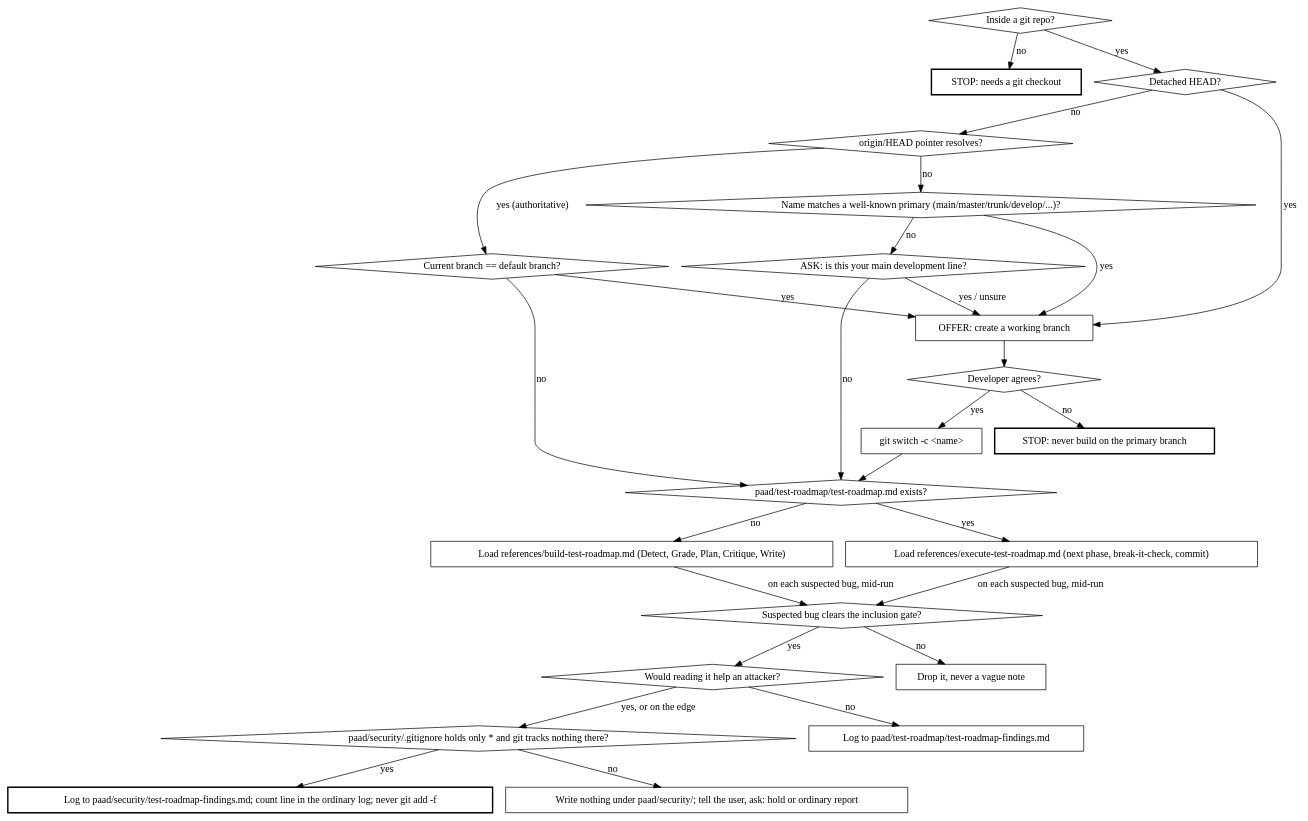
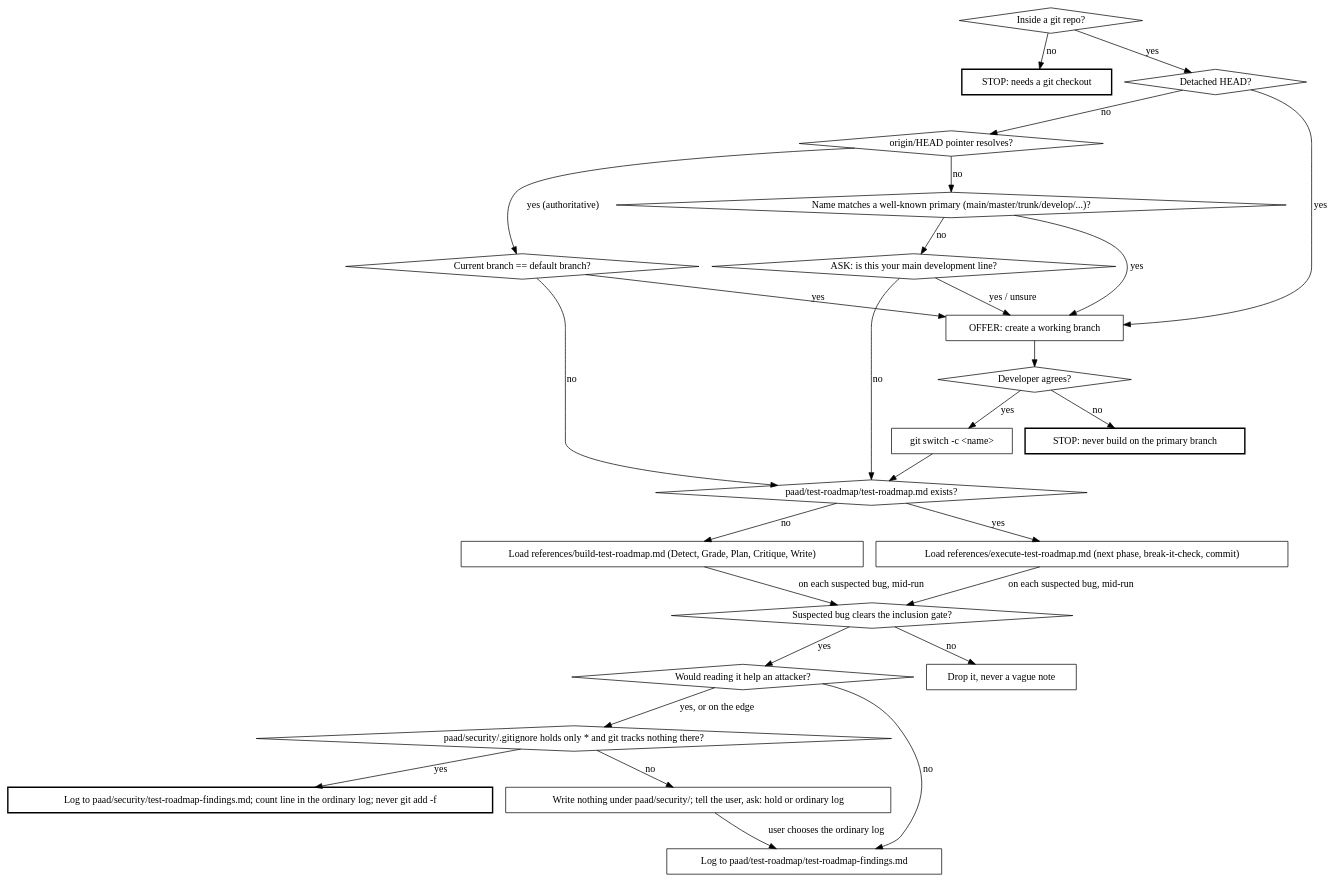
Before and after one commit to Ovid/paad: the diagram in preview/paad/skills/test-roadmap/SKILL.md, drawn with Graphviz. The commit also changed 2 other files, not shown here.

Commit message:
test-roadmap: execute mode reads the naming rule before logging; pinning-test line inlined
Execute mode writes the pinning tests but is loaded without the build file
that now holds the neutral-naming rule; it is told to read that section
before its first finding. Both mode files carry the 'committed reproduction'
line themselves instead of pointing back at the router. The digraph's
'write nothing, ask' box now reaches the ordinary log.

````diff
--- a/preview/paad/skills/test-roadmap/SKILL.md
+++ b/preview/paad/skills/test-roadmap/SKILL.md
@@ -38,52 +38,53 @@
 ```dot
 digraph route {
   "Inside a git repo?" [shape=diamond];
   "STOP: needs a git checkout" [shape=box, style=bold];
   "Detached HEAD?" [shape=diamond];
   "origin/HEAD pointer resolves?" [shape=diamond];
   "Current branch == default branch?" [shape=diamond];
   "Name matches a well-known primary (main/master/trunk/develop/...)?" [shape=diamond];
   "ASK: is this your main development line?" [shape=diamond];
   "OFFER: create a working branch" [shape=box];
   "Developer agrees?" [shape=diamond];
   "STOP: never build on the primary branch" [shape=box, style=bold];
   "git switch -c <name>" [shape=box];
   "paad/test-roadmap/test-roadmap.md exists?" [shape=diamond];
   "Load references/build-test-roadmap.md (Detect, Grade, Plan, Critique, Write)" [shape=box];
   "Load references/execute-test-roadmap.md (next phase, break-it-check, commit)" [shape=box];
   "Suspected bug clears the inclusion gate?" [shape=diamond];
   "Would reading it help an attacker?" [shape=diamond];
   "Log to paad/security/test-roadmap-findings.md; count line in the ordinary log; never git add -f" [shape=box, style=bold];
   "paad/security/.gitignore holds only * and git tracks nothing there?" [shape=diamond];
-  "Write nothing under paad/security/; tell the user, ask: hold or ordinary report" [shape=box];
+  "Write nothing under paad/security/; tell the user, ask: hold or ordinary log" [shape=box];
   "Log to paad/test-roadmap/test-roadmap-findings.md" [shape=box];
   "Drop it, never a vague note" [shape=box];
 
   "Inside a git repo?" -> "STOP: needs a git checkout" [label="no"];
   "Inside a git repo?" -> "Detached HEAD?" [label="yes"];
   "Detached HEAD?" -> "OFFER: create a working branch" [label="yes"];
   "Detached HEAD?" -> "origin/HEAD pointer resolves?" [label="no"];
   "origin/HEAD pointer resolves?" -> "Current branch == default branch?" [label="yes (authoritative)"];
   "origin/HEAD pointer resolves?" -> "Name matches a well-known primary (main/master/trunk/develop/...)?" [label="no"];
   "Current branch == default branch?" -> "OFFER: create a working branch" [label="yes"];
   "Current branch == default branch?" -> "paad/test-roadmap/test-roadmap.md exists?" [label="no"];
   "Name matches a well-known primary (main/master/trunk/develop/...)?" -> "OFFER: create a working branch" [label="yes"];
   "Name matches a well-known primary (main/master/trunk/develop/...)?" -> "ASK: is this your main development line?" [label="no"];
   "ASK: is this your main development line?" -> "OFFER: create a working branch" [label="yes / unsure"];
   "ASK: is this your main development line?" -> "paad/test-roadmap/test-roadmap.md exists?" [label="no"];
   "OFFER: create a working branch" -> "Developer agrees?";
   "Developer agrees?" -> "STOP: never build on the primary branch" [label="no"];
   "Developer agrees?" -> "git switch -c <name>" [label="yes"];
   "git switch -c <name>" -> "paad/test-roadmap/test-roadmap.md exists?";
   "paad/test-roadmap/test-roadmap.md exists?" -> "Load references/execute-test-roadmap.md (next phase, break-it-check, commit)" [label="yes"];
   "paad/test-roadmap/test-roadmap.md exists?" -> "Load references/build-test-roadmap.md (Detect, Grade, Plan, Critique, Write)" [label="no"];
   "Load references/execute-test-roadmap.md (next phase, break-it-check, commit)" -> "Suspected bug clears the inclusion gate?" [label="on each suspected bug, mid-run"];
   "Load references/build-test-roadmap.md (Detect, Grade, Plan, Critique, Write)" -> "Suspected bug clears the inclusion gate?" [label="on each suspected bug, mid-run"];
   "Suspected bug clears the inclusion gate?" -> "Drop it, never a vague note" [label="no"];
   "Suspected bug clears the inclusion gate?" -> "Would reading it help an attacker?" [label="yes"];
   "Would reading it help an attacker?" -> "paad/security/.gitignore holds only * and git tracks nothing there?" [label="yes, or on the edge"];
   "paad/security/.gitignore holds only * and git tracks nothing there?" -> "Log to paad/security/test-roadmap-findings.md; count line in the ordinary log; never git add -f" [label="yes"];
-  "paad/security/.gitignore holds only * and git tracks nothing there?" -> "Write nothing under paad/security/; tell the user, ask: hold or ordinary report" [label="no"];
+  "paad/security/.gitignore holds only * and git tracks nothing there?" -> "Write nothing under paad/security/; tell the user, ask: hold or ordinary log" [label="no"];
   "Would reading it help an attacker?" -> "Log to paad/test-roadmap/test-roadmap-findings.md" [label="no"];
+  "Write nothing under paad/security/; tell the user, ask: hold or ordinary log" -> "Log to paad/test-roadmap/test-roadmap-findings.md" [label="user chooses the ordinary log"];
 }
 ```
````
